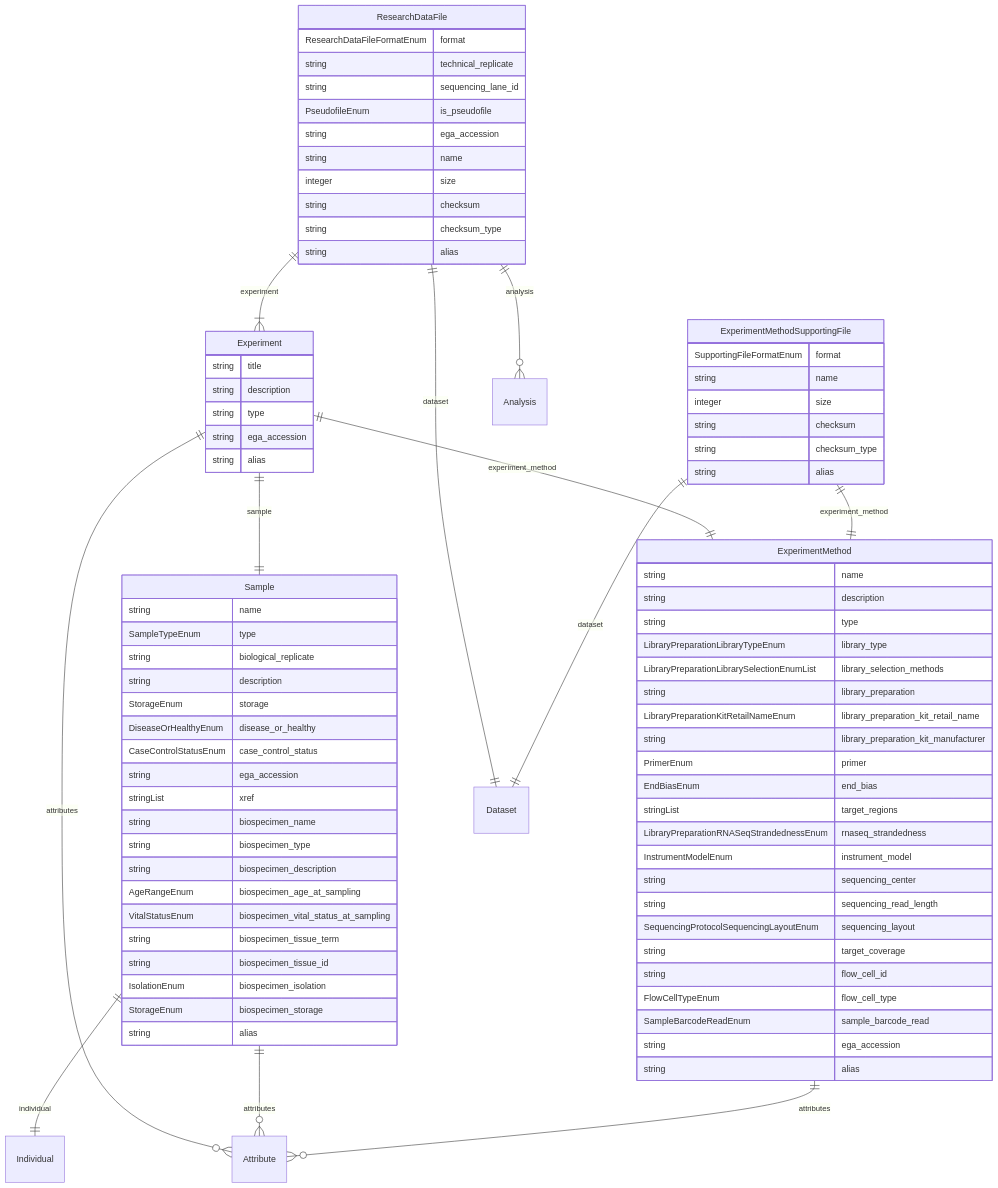
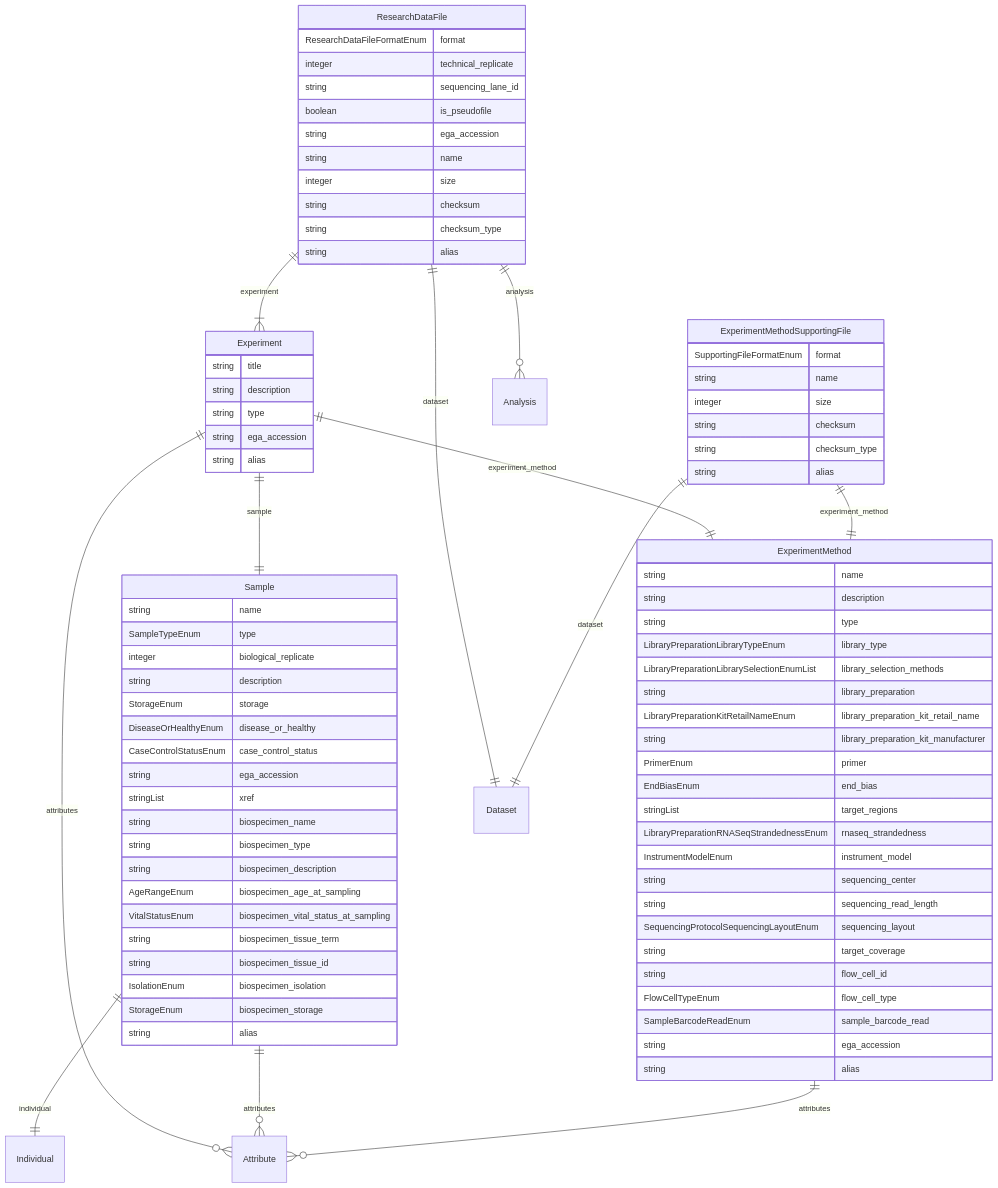
One commit to ghga-de/ghga-metadata-schema changed the fifth of 5 diagrams in docs/entity_relations.md. Above: the diagram before and after it, drawn with Mermaid. The commit also changed other lines of this file and 12 other files, not shown here.

Commit message:
added integer range for replicate slots and boolean range for pseudofile slot

```diff
--- a/docs/entity_relations.md
+++ b/docs/entity_relations.md
@@ -256,9 +256,9 @@
 }
 ResearchDataFile {
     ResearchDataFileFormatEnum format  
-    string technical_replicate  
+    integer technical_replicate  
     string sequencing_lane_id  
-    PseudofileEnum is_pseudofile  
+    boolean is_pseudofile  
     string ega_accession  
     string name  
     integer size  
@@ -269,7 +269,7 @@
 Sample {
     string name  
     SampleTypeEnum type  
-    string biological_replicate  
+    integer biological_replicate  
     string description  
     StorageEnum storage  
     DiseaseOrHealthyEnum disease_or_healthy  
```
